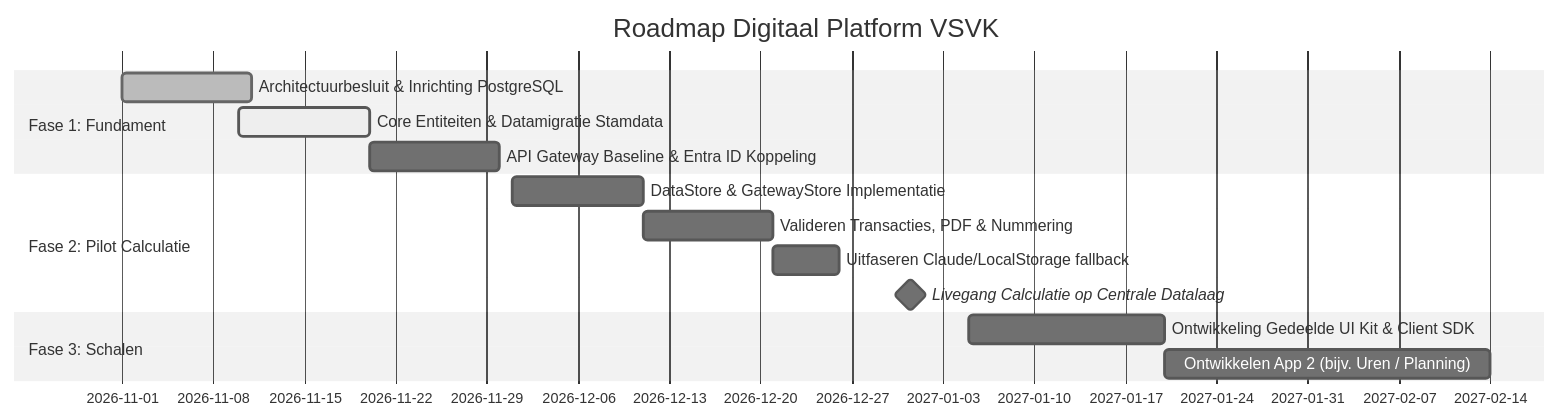
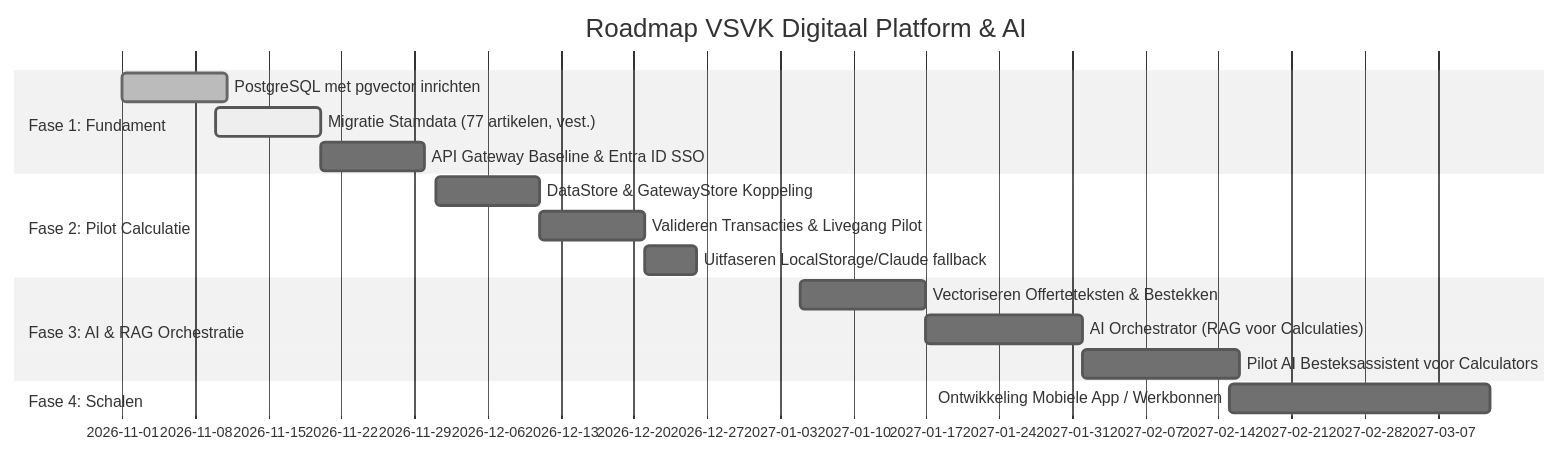
One commit to reinierbeeckman/vsvk-calc changed the second of 2 diagrams in docs/doelarchitectuur.md. Above: the diagram before and after it, drawn with Mermaid (neutral theme). The commit also changed other lines of this file and 1 other file, not shown here.

Commit message:
docs: add strategic advice and target architecture documentation for the digital platform

````diff
--- a/docs/doelarchitectuur.md
+++ b/docs/doelarchitectuur.md
@@ -296,17 +229,19 @@
 ```mermaid
 gantt
-    title Roadmap Digitaal Platform VSVK
+    title Roadmap VSVK Digitaal Platform & AI
     dateFormat  YYYY-MM-DD
     section Fase 1: Fundament
-    Architectuurbesluit & Inrichting PostgreSQL :done, 2026-11-01, 10d
-    Core Entiteiten & Datamigratie Stamdata   :active, 2026-11-10, 10d
-    API Gateway Baseline & Entra ID Koppeling  :2026-11-20, 10d
+    PostgreSQL met pgvector inrichten       :done, 2026-11-01, 10d
+    Migratie Stamdata (77 artikelen, vest.) :active, 2026-11-10, 10d
+    API Gateway Baseline & Entra ID SSO     :2026-11-20, 10d
     section Fase 2: Pilot Calculatie
-    DataStore & GatewayStore Implementatie      :2026-12-01, 10d
-    Valideren Transacties, PDF & Nummering     :2026-12-11, 10d
-    Uitfaseren Claude/LocalStorage fallback    :2026-12-21, 5d
-    Livegang Calculatie op Centrale Datalaag    :milestone, 2026-12-31, 1d
-    section Fase 3: Schalen
-    Ontwikkeling Gedeelde UI Kit & Client SDK   :2027-01-05, 15d
-    Ontwikkelen App 2 (bijv. Uren / Planning)   :2027-01-20, 25d
+    DataStore & GatewayStore Koppeling       :2026-12-01, 10d
+    Valideren Transacties & Livegang Pilot   :2026-12-11, 10d
+    Uitfaseren LocalStorage/Claude fallback  :2026-12-21, 5d
+    section Fase 3: AI & RAG Orchestratie
+    Vectoriseren Offerteteksten & Bestekken  :2027-01-05, 12d
+    AI Orchestrator (RAG voor Calculaties)   :2027-01-17, 15d
+    Pilot AI Besteksassistent voor Calculators:2027-02-01, 15d
+    section Fase 4: Schalen
+    Ontwikkeling Mobiele App / Werkbonnen    :2027-02-15, 25d
 ```
````
